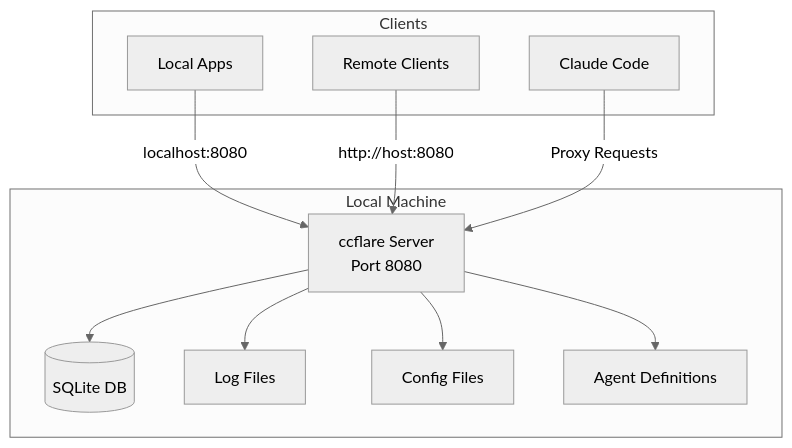
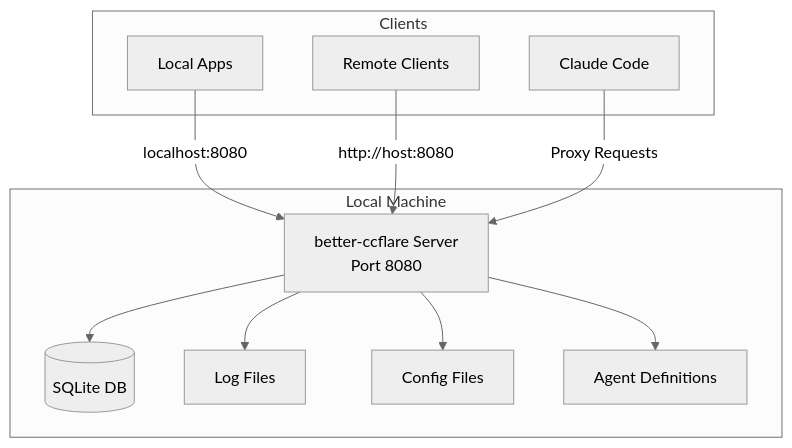
One commit to tombii/better-ccflare changed diagram 24 of 25 in docs/architecture.md. Above: the diagram before and after it, drawn with Mermaid (neutral theme). The commit also changed other lines of this file and 23 other files, not shown here.

````diff
--- a/docs/architecture.md
+++ b/docs/architecture.md
@@ -1359,24 +1359,24 @@
 ```mermaid
 graph TB
     subgraph "Local Machine"
-        SERVER[ccflare Server<br/>Port 8080]
+        SERVER[better-ccflare Server<br/>Port 8080]
         DB[(SQLite DB)]
         LOGS[Log Files]
         CONFIG[Config Files]
         AGENTS[Agent Definitions]
     end
     
     subgraph "Clients"
         LOCAL[Local Apps]
         REMOTE[Remote Clients]
         CLAUDE_CODE[Claude Code]
     end
     
     LOCAL -->|localhost:8080| SERVER
     REMOTE -->|http://host:8080| SERVER
     CLAUDE_CODE -->|Proxy Requests| SERVER
     SERVER --> DB
     SERVER --> LOGS
     SERVER --> CONFIG
     SERVER --> AGENTS
 ```
````
